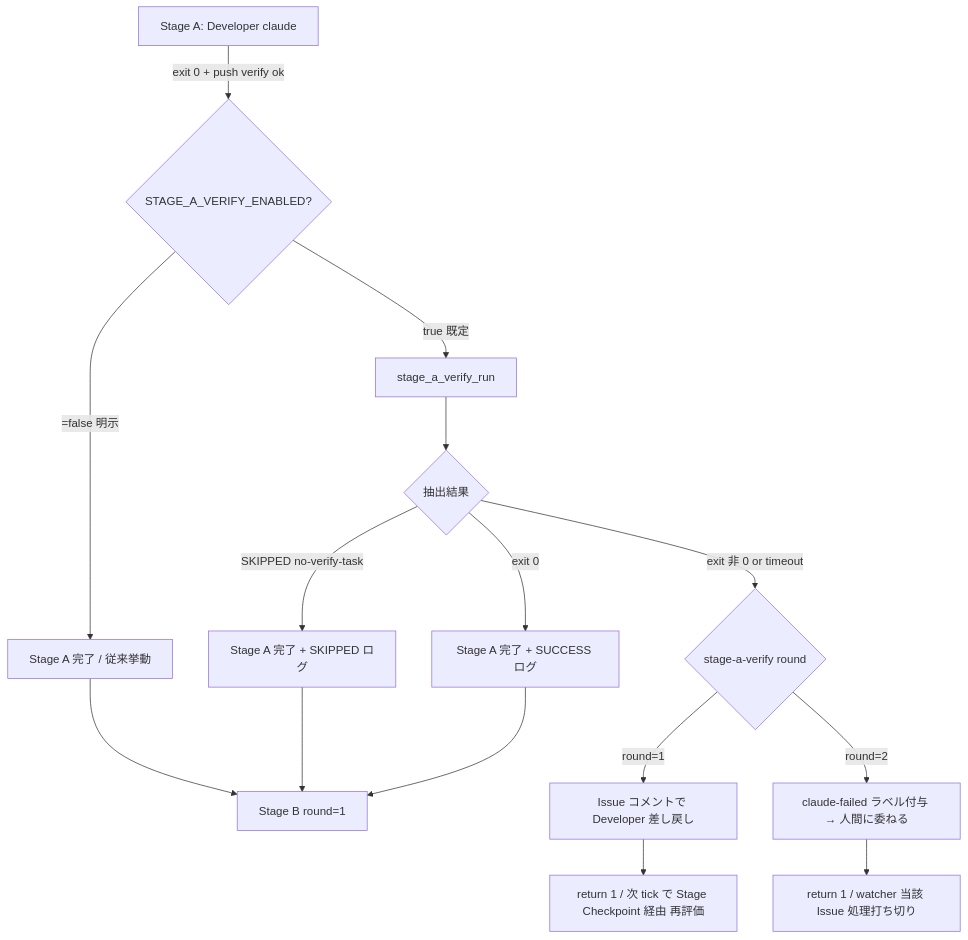
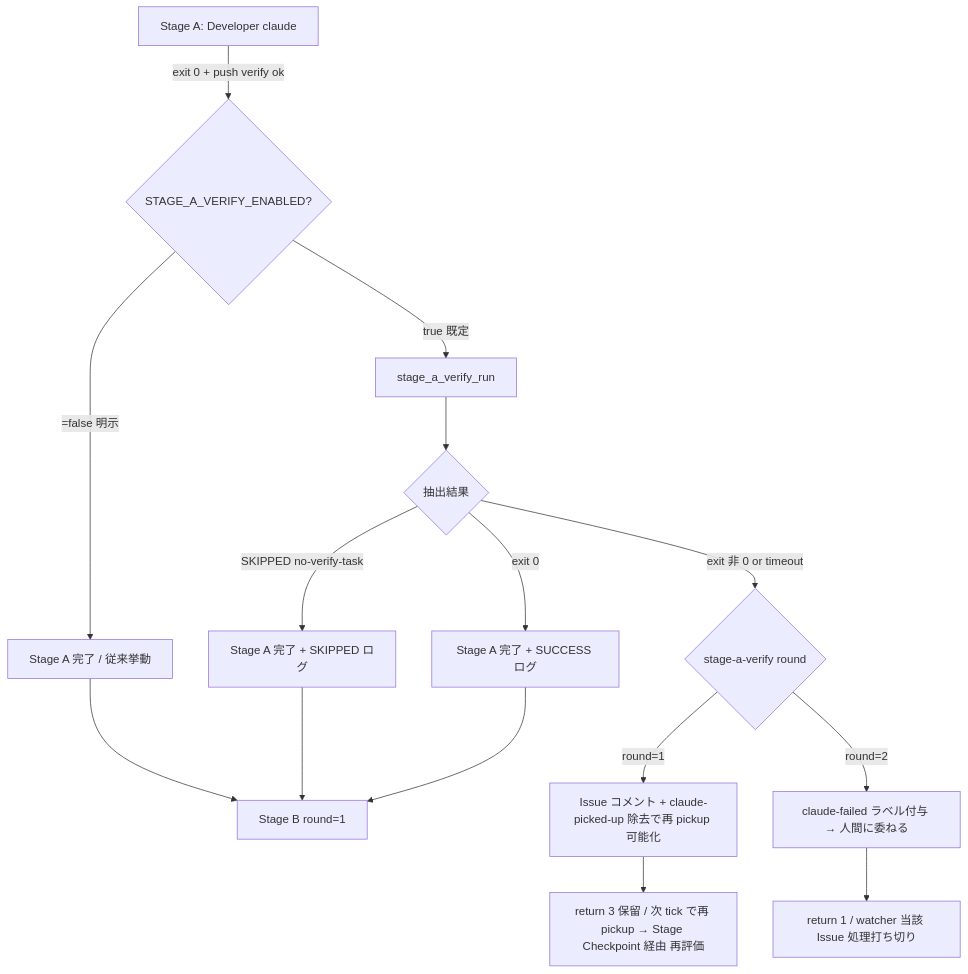
The second of 2 diagrams in README.md (hitoshiichikawa/idd-claude), drawn with Mermaid before and after one commit. The commit also changed other lines of this file and 2 other files, not shown here.

First line of the commit message:
fix(watcher): stage-a-verify round=1 差し戻しで claude-picked-up を除去し再 pickup 可能化

````diff
--- a/README.md
+++ b/README.md
@@ -3203,17 +3203,17 @@
 ```mermaid
 flowchart TD
     A[Stage A: Developer claude] -->|exit 0 + push verify ok| V{STAGE_A_VERIFY_ENABLED?}
     V -->|=false 明示| OK1[Stage A 完了 / 従来挙動]
     V -->|true 既定| X[stage_a_verify_run]
     X --> X1{抽出結果}
     X1 -->|SKIPPED no-verify-task| OK2[Stage A 完了 + SKIPPED ログ]
     X1 -->|exit 0| OK3[Stage A 完了 + SUCCESS ログ]
     X1 -->|exit 非 0 or timeout| F{stage-a-verify round}
-    F -->|round=1| NI[Issue コメントで Developer 差し戻し]
+    F -->|round=1| NI[Issue コメント + claude-picked-up 除去で再 pickup 可能化]
     F -->|round=2| FAIL[claude-failed ラベル付与 → 人間に委ねる]
-    NI --> RET[return 1 / 次 tick で Stage Checkpoint 経由 再評価]
+    NI --> RET[return 3 保留 / 次 tick で再 pickup → Stage Checkpoint 経由 再評価]
     FAIL --> RET2[return 1 / watcher 当該 Issue 処理打ち切り]
     OK1 --> SB[Stage B round=1]
     OK2 --> SB
     OK3 --> SB
 ```
````
